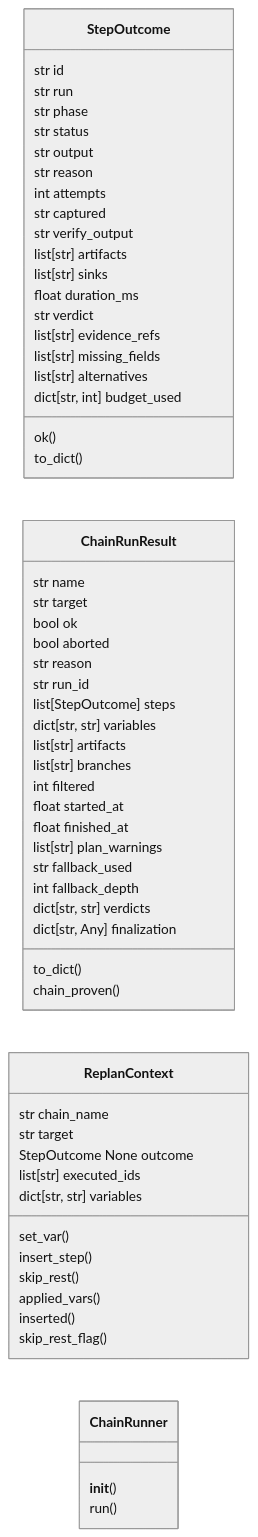
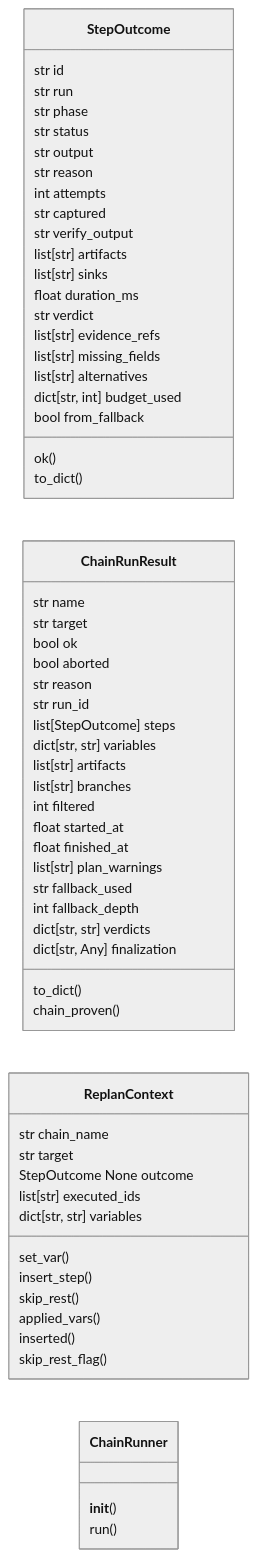
The first of 2 diagrams in readmenator-apidocs/modules/modules.chain_runner.py.md (grisuno/LazyOwn), drawn with Mermaid (neutral theme) before and after one commit. The commit also changed other lines of this file and 508 other files, not shown here.

````diff
--- a/readmenator-apidocs/modules/modules.chain_runner.py.md
+++ b/readmenator-apidocs/modules/modules.chain_runner.py.md
@@ -23,60 +23,61 @@
 ```mermaid
 classDiagram
     direction LR
     class StepOutcome
     StepOutcome : str id
     StepOutcome : str run
     StepOutcome : str phase
     StepOutcome : str status
     StepOutcome : str output
     StepOutcome : str reason
     StepOutcome : int attempts
     StepOutcome : str captured
     StepOutcome : str verify_output
     StepOutcome : list[str] artifacts
     StepOutcome : list[str] sinks
     StepOutcome : float duration_ms
     StepOutcome : str verdict
     StepOutcome : list[str] evidence_refs
     StepOutcome : list[str] missing_fields
     StepOutcome : list[str] alternatives
     StepOutcome : dict[str, int] budget_used
+    StepOutcome : bool from_fallback
     StepOutcome : ok()
     StepOutcome : to_dict()
     class ChainRunResult
     ChainRunResult : str name
     ChainRunResult : str target
     ChainRunResult : bool ok
     ChainRunResult : bool aborted
     ChainRunResult : str reason
     ChainRunResult : str run_id
     ChainRunResult : list[StepOutcome] steps
     ChainRunResult : dict[str, str] variables
     ChainRunResult : list[str] artifacts
     ChainRunResult : list[str] branches
     ChainRunResult : int filtered
     ChainRunResult : float started_at
     ChainRunResult : float finished_at
     ChainRunResult : list[str] plan_warnings
     ChainRunResult : str fallback_used
     ChainRunResult : int fallback_depth
     ChainRunResult : dict[str, str] verdicts
     ChainRunResult : dict[str, Any] finalization
     ChainRunResult : to_dict()
     ChainRunResult : chain_proven()
     class ReplanContext
     ReplanContext : str chain_name
     ReplanContext : str target
     ReplanContext : StepOutcome  None outcome
     ReplanContext : list[str] executed_ids
     ReplanContext : dict[str, str] variables
     ReplanContext : set_var()
     ReplanContext : insert_step()
     ReplanContext : skip_rest()
     ReplanContext : applied_vars()
     ReplanContext : inserted()
     ReplanContext : skip_rest_flag()
     class ChainRunner
     ChainRunner : __init__()
     ChainRunner : run()
 ```
````
